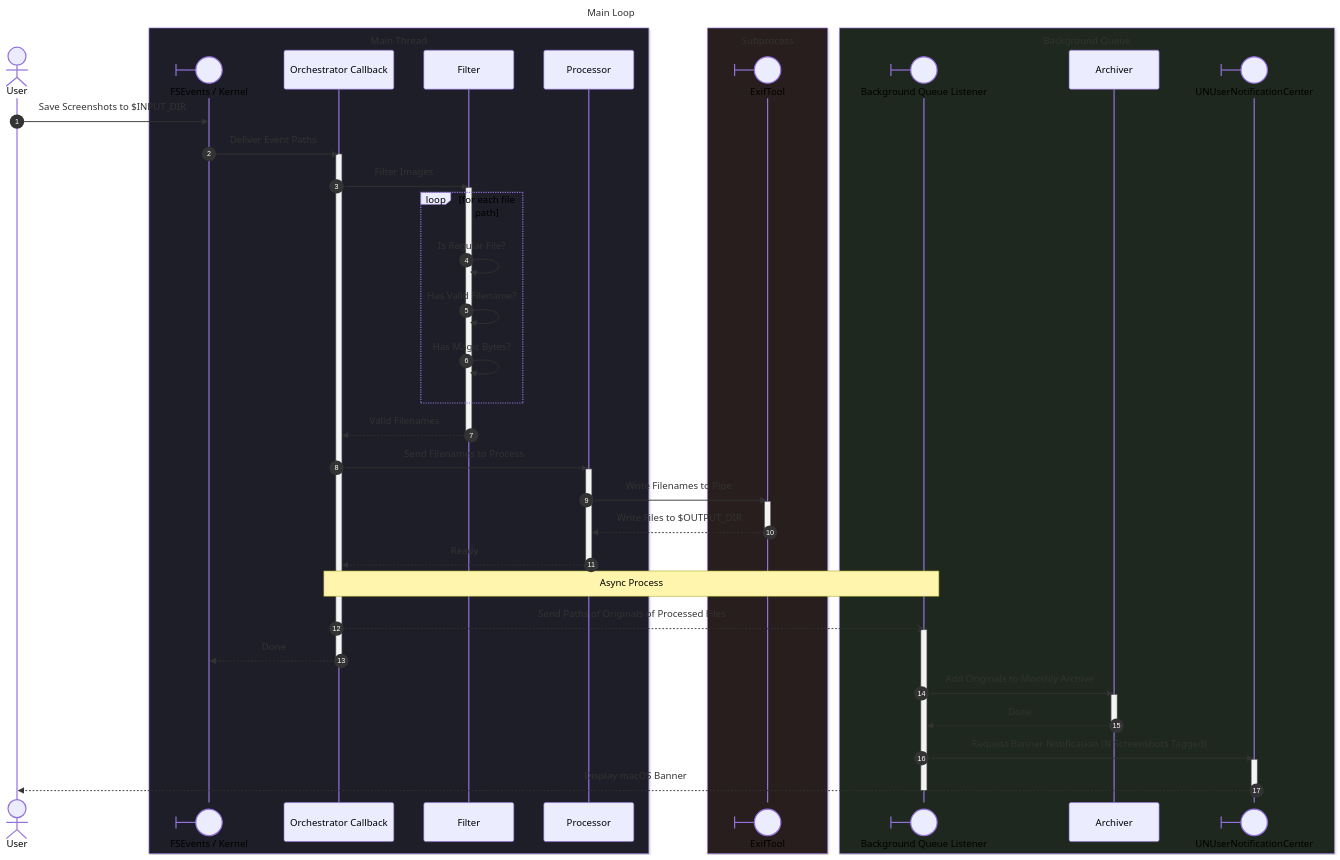
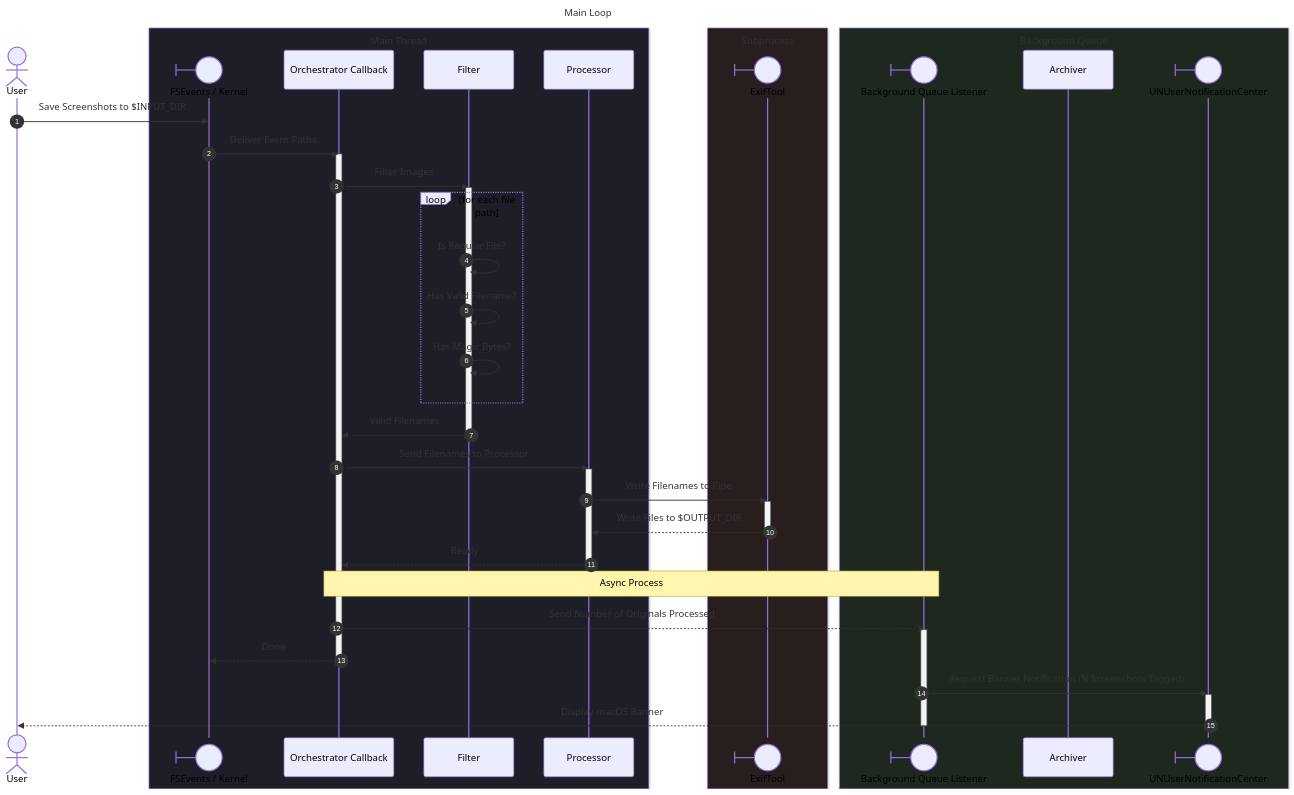
The diagram in Documentation/sequence-diagram_main-loop.mmd (CharlesMC11/sst), drawn with Mermaid before and after one commit. The commit also changed 6 other files, not shown here.

```diff
--- a/Documentation/sequence-diagram_main-loop.mmd
+++ b/Documentation/sequence-diagram_main-loop.mmd
@@ -1,66 +1,61 @@
 ---
 title: Main Loop
 ---
 sequenceDiagram
   autonumber
 
   actor User
 
   box rgb(30, 30, 40) Main Thread
     participant FS@{ type: boundary } as FSEvents / Kernel
     participant O as Orchestrator Callback
     participant F as Filter
     participant P as Processor
   end
 
   box rgb(40, 30, 30) Subprocess
     participant ET@{ type: boundary } as ExifTool
   end
 
   box rgb(30, 40, 30) Background Queue
     participant BG@{ type: boundary } as Background Queue Listener
     participant A as Archiver
     participant N@{ type: boundary } as UNUserNotificationCenter
   end
 
   User ->> FS : Save Screenshots to $INPUT_DIR
   FS ->> O : Deliver Event Paths
 
   activate O
     O ->> F : Filter Images
       activate F
         loop for each file path
           F ->> F : Is Regular File?
           F ->> F : Has Valid Filename?
           F ->> F : Has Magic Bytes?
         end
         F -->> O : Valid Filenames
       deactivate F
 
-    O ->> P : Send Filenames to Process
+    O ->> P : Send Filenames to Processor
     activate P
       P ->> ET : Write Filenames to Pipe
       activate ET
         ET -->> P : Write Files to $OUTPUT_DIR
       deactivate ET
       P -->> O : Ready
     deactivate P
 
     Note over O,BG: Async Process
-    O --) BG : Send Paths of Originals of Processed Files
+    O --) BG : Send Number of Originals Processed
     activate BG
       O -->> FS : Done
 
   deactivate O
-
-      BG ->> A : Add Originals to Monthly Archive
-      activate A
-      A -->> BG : Done
-      deactivate A
 
       BG ->> N : Request Banner Notification (N Screenshots Tagged)
 
       activate N
         N -->> User : Display macOS Banner
       deactivate N
     deactivate BG
```
